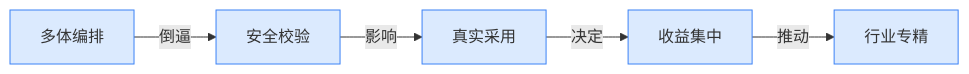
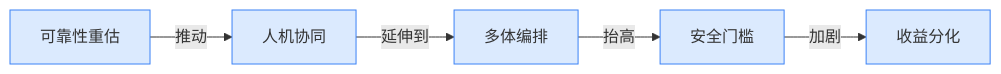
Before and after one commit to ylzsdafei/ai-daily-site: the seventh of 8 diagrams in content/cn/blog/weekly/2026-W16.md, drawn with Mermaid. The commit also changed other lines of this file and 1 other file, not shown here.

````diff
--- a/content/cn/blog/weekly/2026-W16.md
+++ b/content/cn/blog/weekly/2026-W16.md
@@ -228,9 +235,9 @@
 ```mermaid
 graph LR
-A[多体编排] -->|倒逼| B[安全校验]
-B -->|影响| C[真实采用]
-C -->|决定| D[收益集中]
-D -->|推动| E[行业专精]
+A[可靠性重估] -->|推动| B[人机协同]
+B -->|延伸到| C[多体编排]
+C -->|抬高| D[安全门槛]
+D -->|加剧| E[收益分化]
 classDef blue fill:#dbeafe,stroke:#3b82f6
 class A,B,C,D,E blue
 ```
````
